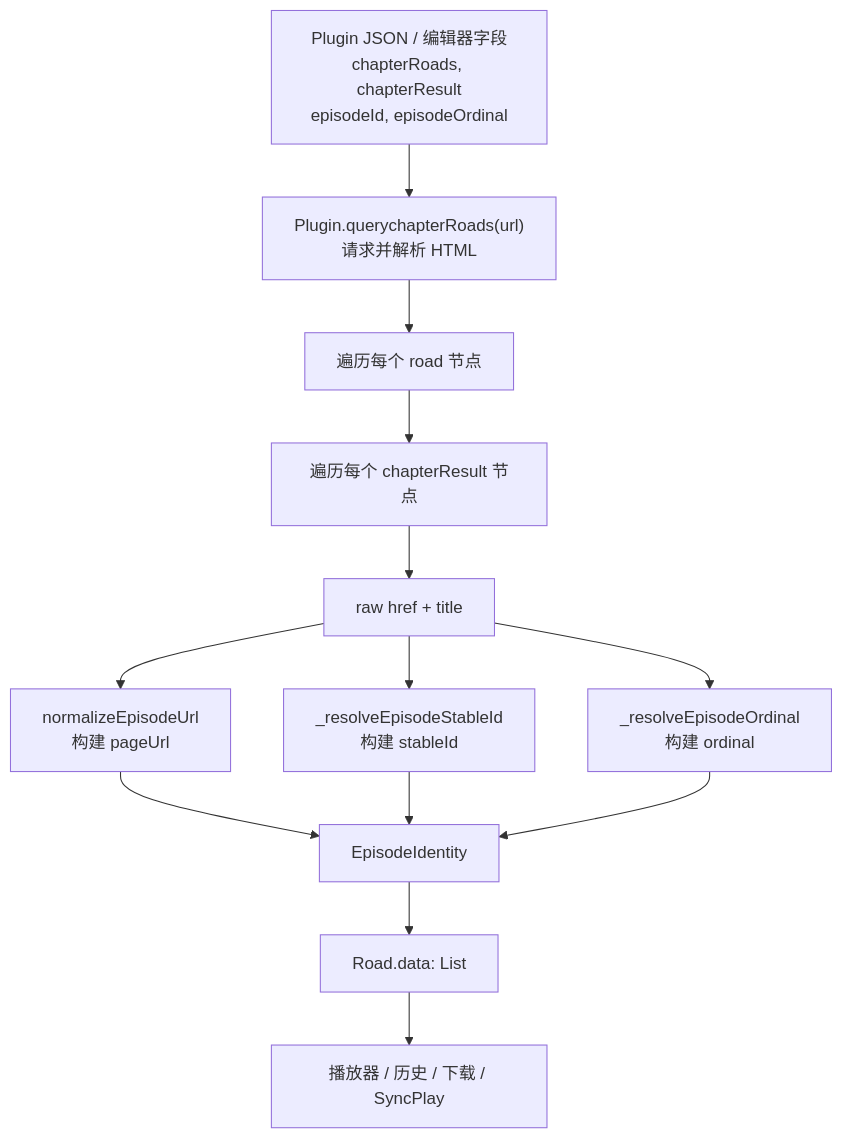
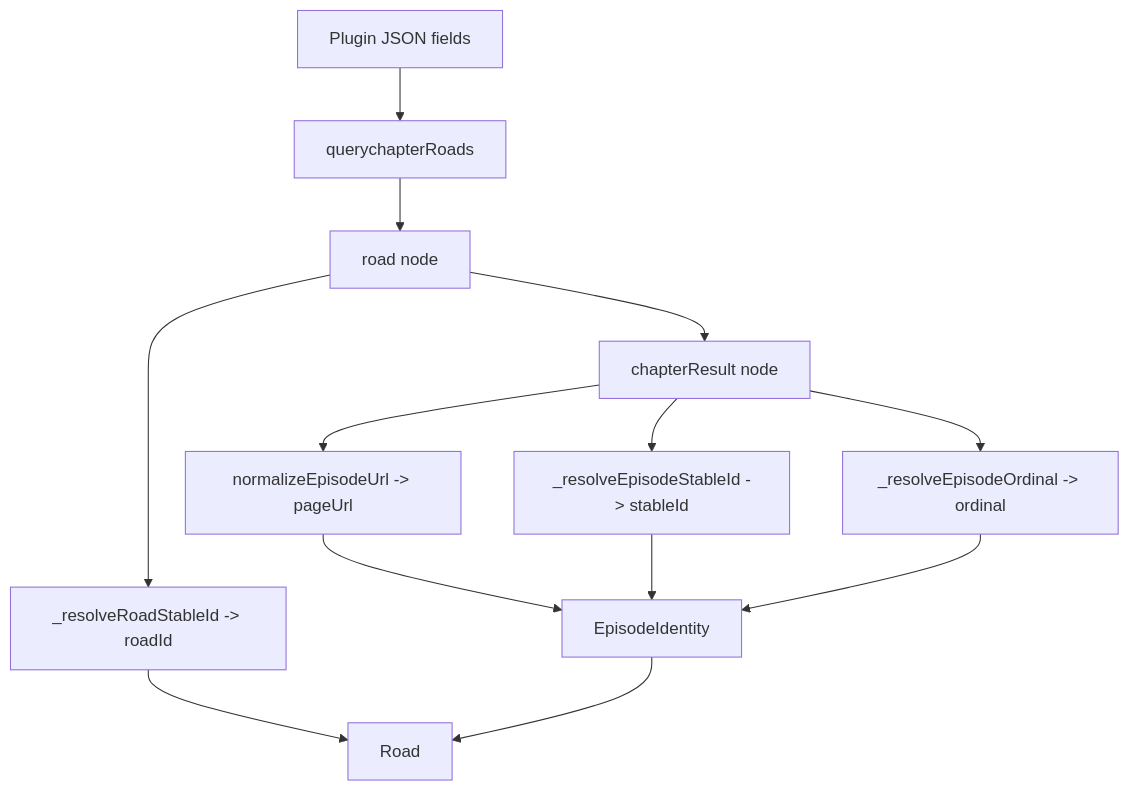
One commit to liangyuR/Kazumi changed the diagram in docs/stableId-design.md. Above: the diagram before and after it, drawn with Mermaid. The commit also changed other lines of this file and 35 other files, not shown here.

````diff
--- a/docs/stableId-design.md
+++ b/docs/stableId-design.md
@@ -30,20 +41,20 @@
 ```mermaid
 flowchart TD
-    A["Plugin JSON / 编辑器字段<br/>chapterRoads, chapterResult<br/>episodeId, episodeOrdinal"]
-    B["Plugin.querychapterRoads(url)<br/>请求并解析 HTML"]
-    C["遍历每个 road 节点"]
-    D["遍历每个 chapterResult 节点"]
-    E["raw href + title"]
-    F["normalizeEpisodeUrl<br/>构建 pageUrl"]
-    G["_resolveEpisodeStableId<br/>构建 stableId"]
-    H["_resolveEpisodeOrdinal<br/>构建 ordinal"]
+    A["Plugin JSON fields"]
+    B["querychapterRoads"]
+    C["road node"]
+    D["chapterResult node"]
+    E["normalizeEpisodeUrl -> pageUrl"]
+    F["_resolveEpisodeStableId -> stableId"]
+    G["_resolveEpisodeOrdinal -> ordinal"]
+    H["_resolveRoadStableId -> roadId"]
     I["EpisodeIdentity"]
-    J["Road.data: List<EpisodeIdentity>"]
-    K["播放器 / 历史 / 下载 / SyncPlay"]
+    J["Road"]
 
-    A --> B --> C --> D --> E
-    E --> F --> I
-    E --> G --> I
-    E --> H --> I
-    I --> J --> K
+    A --> B --> C --> D
+    D --> E --> I
+    D --> F --> I
+    D --> G --> I
+    C --> H --> J
+    I --> J
 ```
````
